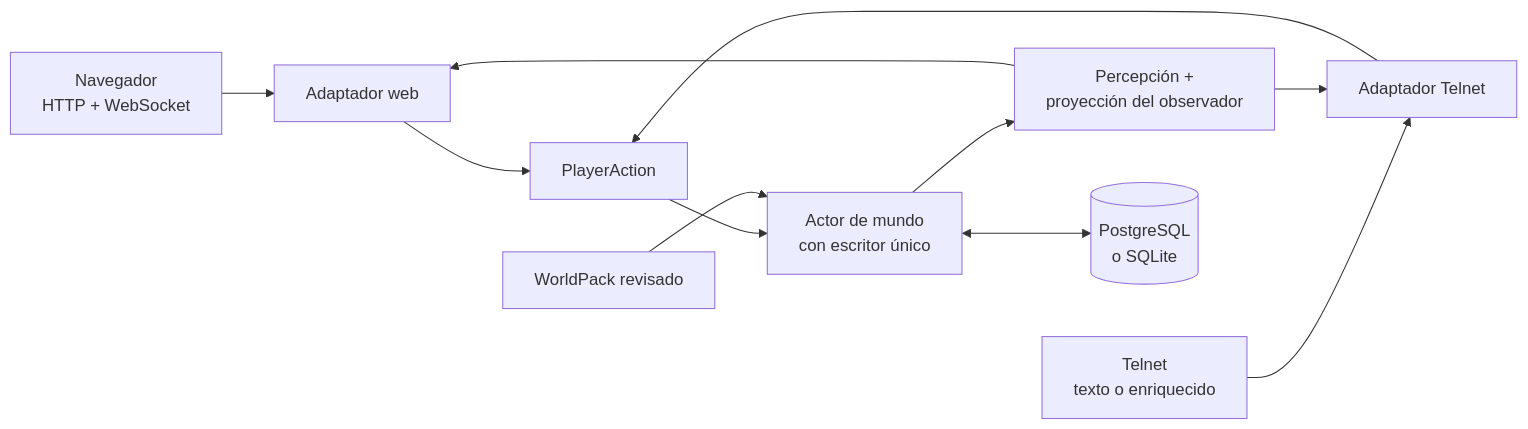
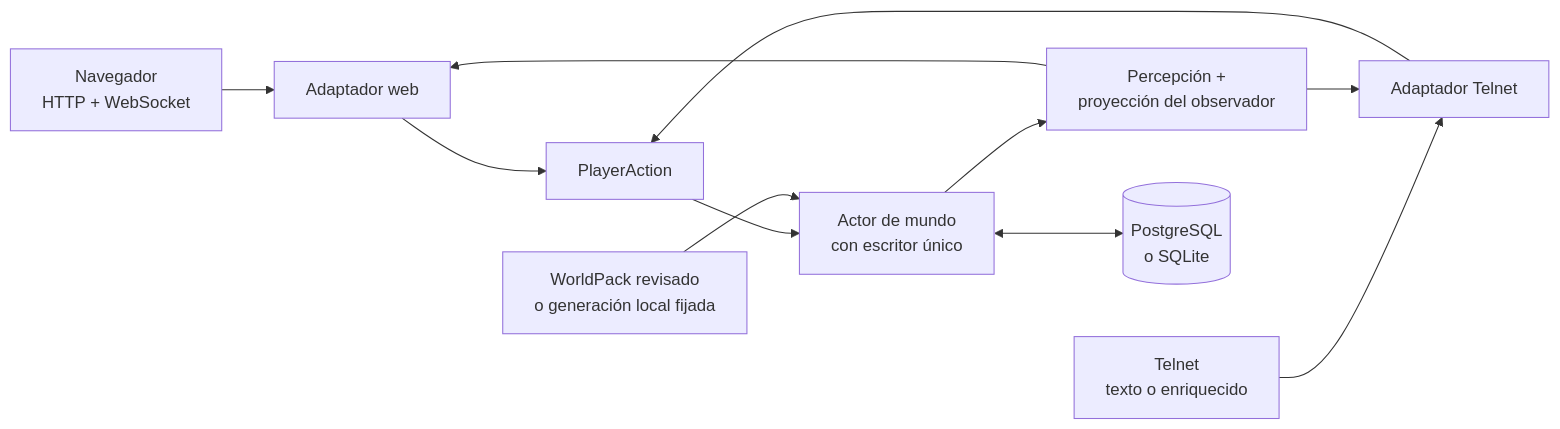
The first of 7 diagrams in README.md (hyukudan/tiamud), drawn with Mermaid before and after one commit. The commit also changed other lines of this file and 21 other files, not shown here.

````diff
--- a/README.md
+++ b/README.md
@@ -87,16 +89,16 @@
 ```mermaid
 flowchart LR
     accTitle: Arquitectura compartida de acciones de Tiamud
     accDescr: Navegador y terminal comparten una ruta de dominio autorizada, la proyección por observador y un único sistema de persistencia seleccionado.
 
     Browser[Navegador<br/>HTTP + WebSocket] --> Web[Adaptador web]
     Telnet[Telnet<br/>texto o enriquecido] --> TN[Adaptador Telnet]
     Web --> Action[PlayerAction]
     TN --> Action
     Action --> Actor[Actor de mundo<br/>con escritor único]
     Actor --> Projection[Percepción +<br/>proyección del observador]
     Projection --> Web
     Projection --> TN
     Actor <--> Store[(PostgreSQL<br/>o SQLite)]
-    Pack[WorldPack revisado] --> Actor
+    Pack[WorldPack revisado<br/>o generación local fijada] --> Actor
 ```
````
